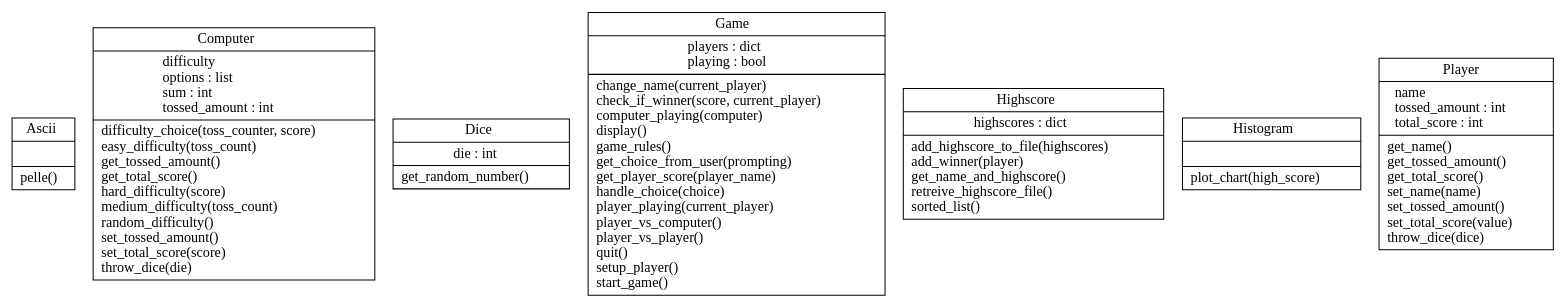
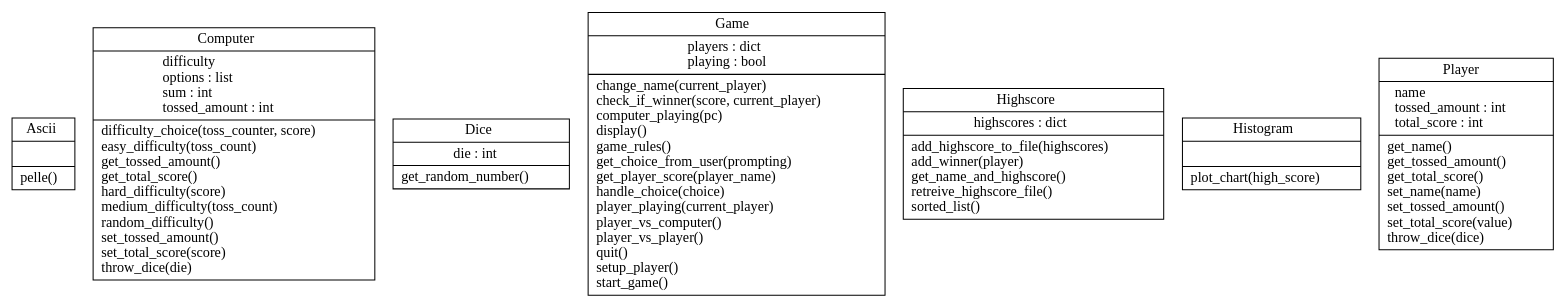
The diagram in classes.dot (marcusgostasson/PigDiceGame), drawn with Graphviz before and after one commit. The commit also changed 20 other files, not shown here.

```diff
--- a/classes.dot
+++ b/classes.dot
@@ -1,11 +1,11 @@
 digraph "classes" {
 rankdir=BT
 charset="utf-8"
 "PigDiceGame.ascii_pictures.Ascii" [color="black", fontcolor="black", label=<{Ascii|<br ALIGN="LEFT"/>|pelle()<br ALIGN="LEFT"/>}>, shape="record", style="solid"];
 "PigDiceGame.computer.Computer" [color="black", fontcolor="black", label=<{Computer|difficulty<br ALIGN="LEFT"/>options : list<br ALIGN="LEFT"/>sum : int<br ALIGN="LEFT"/>tossed_amount : int<br ALIGN="LEFT"/>|difficulty_choice(toss_counter, score)<br ALIGN="LEFT"/>easy_difficulty(toss_count)<br ALIGN="LEFT"/>get_tossed_amount()<br ALIGN="LEFT"/>get_total_score()<br ALIGN="LEFT"/>hard_difficulty(score)<br ALIGN="LEFT"/>medium_difficulty(toss_count)<br ALIGN="LEFT"/>random_difficulty()<br ALIGN="LEFT"/>set_tossed_amount()<br ALIGN="LEFT"/>set_total_score(score)<br ALIGN="LEFT"/>throw_dice(die)<br ALIGN="LEFT"/>}>, shape="record", style="solid"];
 "PigDiceGame.dice.Dice" [color="black", fontcolor="black", label=<{Dice|die : int<br ALIGN="LEFT"/>|get_random_number()<br ALIGN="LEFT"/>}>, shape="record", style="solid"];
-"PigDiceGame.game.Game" [color="black", fontcolor="black", label=<{Game|players : dict<br ALIGN="LEFT"/>playing : bool<br ALIGN="LEFT"/>|change_name(current_player)<br ALIGN="LEFT"/>check_if_winner(score, current_player)<br ALIGN="LEFT"/>computer_playing(computer)<br ALIGN="LEFT"/>display()<br ALIGN="LEFT"/>game_rules()<br ALIGN="LEFT"/>get_choice_from_user(prompting)<br ALIGN="LEFT"/>get_player_score(player_name)<br ALIGN="LEFT"/>handle_choice(choice)<br ALIGN="LEFT"/>player_playing(current_player)<br ALIGN="LEFT"/>player_vs_computer()<br ALIGN="LEFT"/>player_vs_player()<br ALIGN="LEFT"/>quit()<br ALIGN="LEFT"/>setup_player()<br ALIGN="LEFT"/>start_game()<br ALIGN="LEFT"/>}>, shape="record", style="solid"];
+"PigDiceGame.game.Game" [color="black", fontcolor="black", label=<{Game|players : dict<br ALIGN="LEFT"/>playing : bool<br ALIGN="LEFT"/>|change_name(current_player)<br ALIGN="LEFT"/>check_if_winner(score, current_player)<br ALIGN="LEFT"/>computer_playing(pc)<br ALIGN="LEFT"/>display()<br ALIGN="LEFT"/>game_rules()<br ALIGN="LEFT"/>get_choice_from_user(prompting)<br ALIGN="LEFT"/>get_player_score(player_name)<br ALIGN="LEFT"/>handle_choice(choice)<br ALIGN="LEFT"/>player_playing(current_player)<br ALIGN="LEFT"/>player_vs_computer()<br ALIGN="LEFT"/>player_vs_player()<br ALIGN="LEFT"/>quit()<br ALIGN="LEFT"/>setup_player()<br ALIGN="LEFT"/>start_game()<br ALIGN="LEFT"/>}>, shape="record", style="solid"];
 "PigDiceGame.highscore.Highscore" [color="black", fontcolor="black", label=<{Highscore|highscores : dict<br ALIGN="LEFT"/>|add_highscore_to_file(highscores)<br ALIGN="LEFT"/>add_winner(player)<br ALIGN="LEFT"/>get_name_and_highscore()<br ALIGN="LEFT"/>retreive_highscore_file()<br ALIGN="LEFT"/>sorted_list()<br ALIGN="LEFT"/>}>, shape="record", style="solid"];
 "PigDiceGame.histogram.Histogram" [color="black", fontcolor="black", label=<{Histogram|<br ALIGN="LEFT"/>|plot_chart(high_score)<br ALIGN="LEFT"/>}>, shape="record", style="solid"];
 "PigDiceGame.player.Player" [color="black", fontcolor="black", label=<{Player|name<br ALIGN="LEFT"/>tossed_amount : int<br ALIGN="LEFT"/>total_score : int<br ALIGN="LEFT"/>|get_name()<br ALIGN="LEFT"/>get_tossed_amount()<br ALIGN="LEFT"/>get_total_score()<br ALIGN="LEFT"/>set_name(name)<br ALIGN="LEFT"/>set_tossed_amount()<br ALIGN="LEFT"/>set_total_score(value)<br ALIGN="LEFT"/>throw_dice(dice)<br ALIGN="LEFT"/>}>, shape="record", style="solid"];
 }
```
